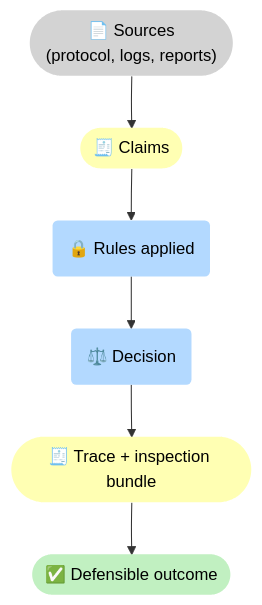
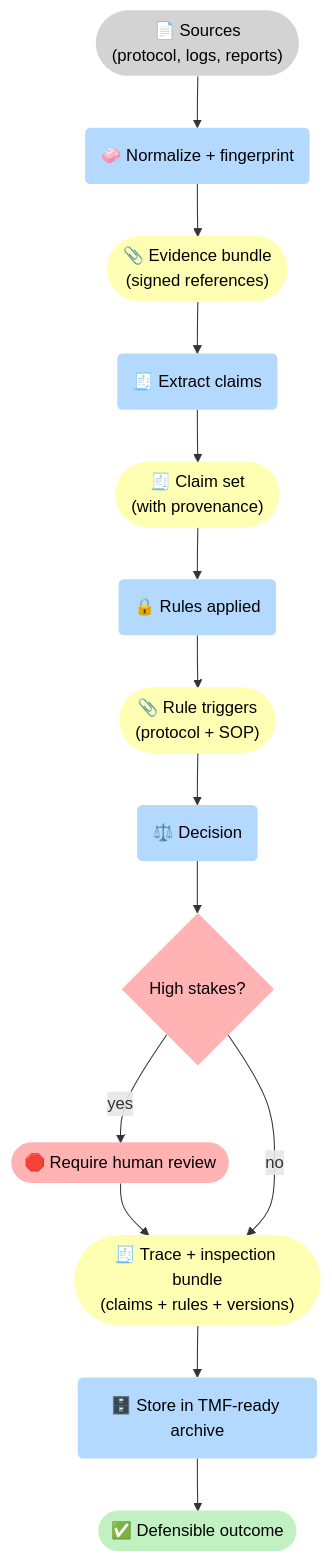
The second of 3 diagrams in docs/case-studies/pharma-clinical-ops.md (5Reasons/5reasons.github.io), drawn with Mermaid before and after one commit. The commit also changed other lines of this file and 8 other files, not shown here.

First line of the commit message:
Enhance case studies with detailed flowcharts and explicit gates

````diff
--- a/docs/case-studies/pharma-clinical-ops.md
+++ b/docs/case-studies/pharma-clinical-ops.md
@@ -96,18 +138,32 @@
 ```mermaid
 flowchart TB
 %% Styles (brModel Standard)
 classDef i fill:#D3D3D3,stroke-width:0px,color:#000;
 classDef p fill:#B3D9FF,stroke-width:0px,color:#000;
 classDef r fill:#FFFFB3,stroke-width:0px,color:#000;
 classDef o fill:#C1F0C1,stroke-width:0px,color:#000;
 classDef s fill:#FFB3B3,stroke-width:0px,color:#000;
 
 I_S(["📄 Sources<br>(protocol, logs, reports)"]):::i
-R_C(["🧾 Claims"]):::r
+P_Fp("🧼 Normalize + fingerprint"):::p
+R_EB(["📎 Evidence bundle<br>(signed references)"]):::r
+
+P_Cl("🧾 Extract claims"):::p
+R_C(["🧾 Claim set<br>(with provenance)"]):::r
+
 P_R("🔒 Rules applied"):::p
+R_R(["📎 Rule triggers<br>(protocol + SOP)"]):::r
+
 P_D("⚖️ Decision"):::p
-R_T(["🧾 Trace + inspection bundle"]):::r
+G_Rev{"High stakes?"}:::s
+S_Rev(["🛑 Require human review"]):::s
+
+R_T(["🧾 Trace + inspection bundle<br>(claims + rules + versions)"]):::r
+P_Store("🗄️ Store in TMF-ready archive"):::p
 O_Out(["✅ Defensible outcome"]):::o
 
-I_S --> R_C --> P_R --> P_D --> R_T --> O_Out
+I_S --> P_Fp --> R_EB --> P_Cl --> R_C --> P_R --> R_R --> P_D --> G_Rev
+G_Rev -->|"yes"| S_Rev --> R_T
+G_Rev -->|"no"| R_T
+R_T --> P_Store --> O_Out
 ```
````
